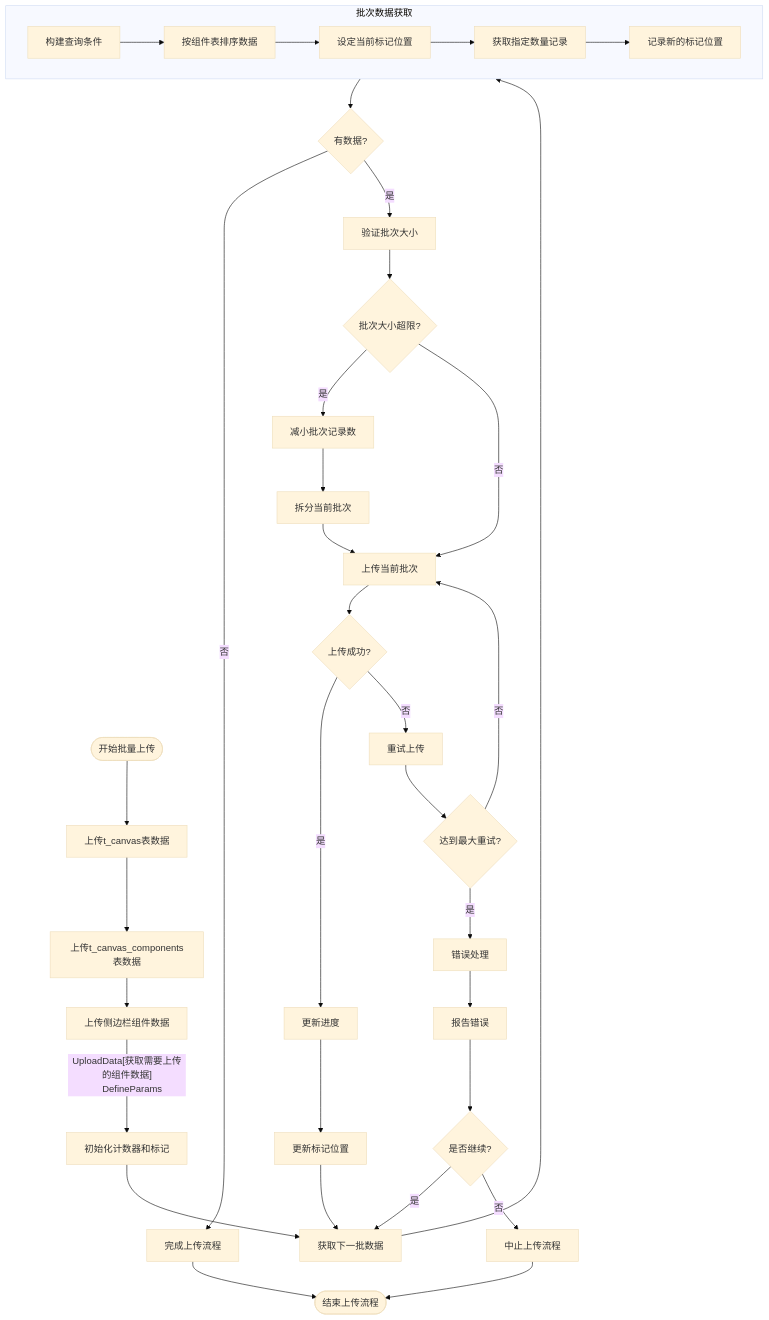
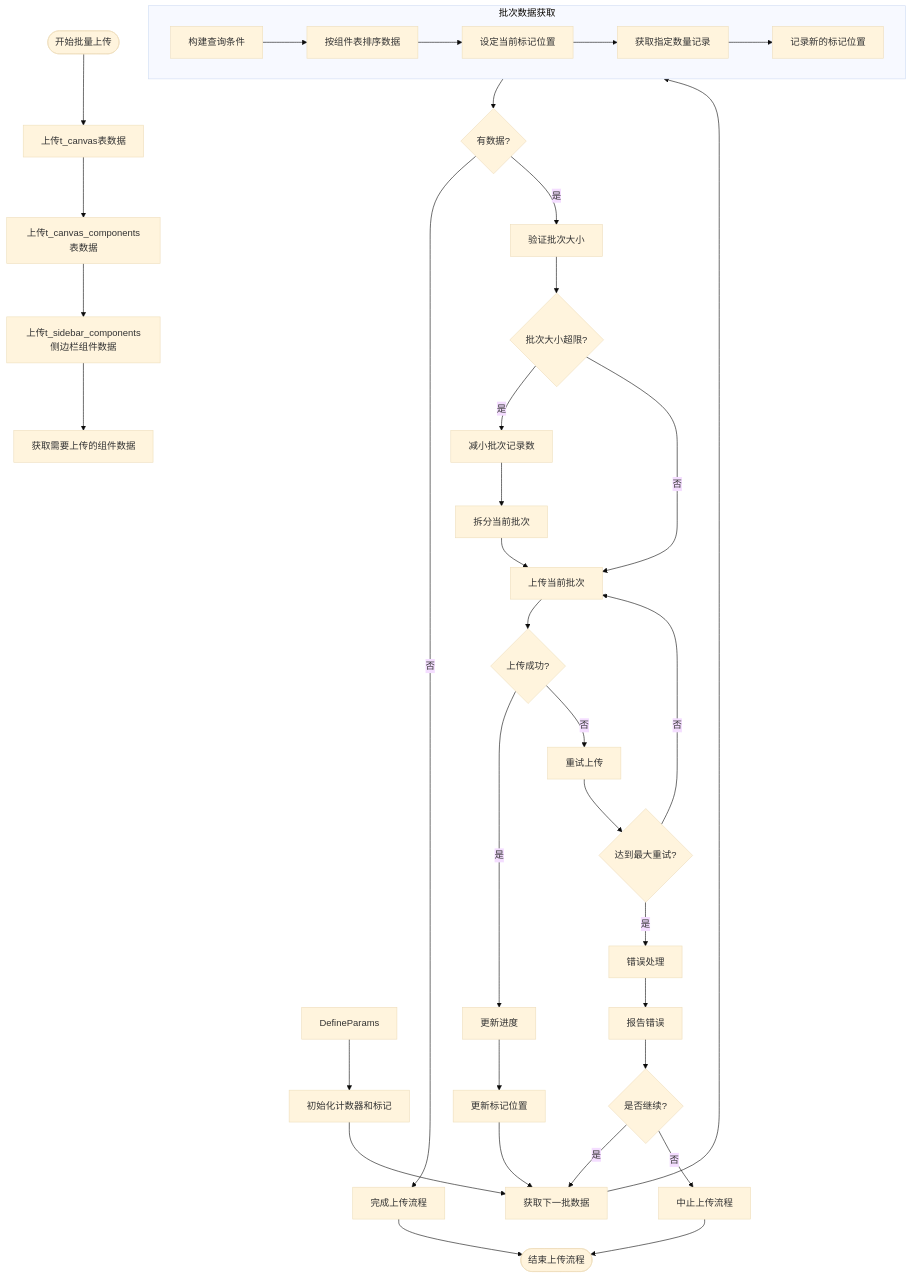
Before and after one commit to yingjianzh/iodraw-files: the diagram in all/未命名-51.md, drawn with Mermaid (base theme).

Commit message:
2025-05-08 17:24:50 update

````diff
--- a/all/未命名-51.md
+++ b/all/未命名-51.md
@@ -1,51 +1,50 @@
 ```mermaid
 flowchart TD
     Start([开始批量上传]) --> UploadSpaceData[上传t_canvas表数据]
     UploadSpaceData --> UploadComponentListData[上传t_canvas_components表数据]
-    UploadComponentListData --> UploadSiderComponent[上传侧边栏组件数据]
+    UploadComponentListData --> UploadSiderComponent[上传t_sidebar_components侧边栏组件数据]
     
-    UploadSiderComponent --
-    UploadData[获取需要上传的组件数据]
+    UploadSiderComponent --> UploadData[获取需要上传的组件数据]
     DefineParams --> InitCounters[初始化计数器和标记]
     
     InitCounters --> FetchNextBatch[获取下一批数据]
     
     subgraph BatchFetch [批次数据获取]
         A[构建查询条件] --> B[按组件表排序数据]
         B --> C[设定当前标记位置]
         C --> D[获取指定数量记录]
         D --> E[记录新的标记位置]
     end
     
     FetchNextBatch --> BatchFetch
     
     BatchFetch --> CheckResults{有数据?}
     CheckResults -->|否| CompleteUpload[完成上传流程]
     CheckResults -->|是| ValidateBatch[验证批次大小]
     
     ValidateBatch --> SizeTooLarge{批次大小超限?}
     SizeTooLarge -->|是| AdjustBatchSize[减小批次记录数]
     SizeTooLarge -->|否| UploadBatch[上传当前批次]
     
     AdjustBatchSize --> SplitBatch[拆分当前批次]
     SplitBatch --> UploadBatch
     
     UploadBatch --> UploadSuccess{上传成功?}
     UploadSuccess -->|是| UpdateProgress[更新进度]
     UploadSuccess -->|否| RetryUpload[重试上传]
     
     RetryUpload --> MaxRetries{达到最大重试?}
     MaxRetries -->|否| UploadBatch
     MaxRetries -->|是| ErrorHandling[错误处理]
     
     ErrorHandling --> ReportError[报告错误]
     ReportError --> ContinueOption{是否继续?}
     ContinueOption -->|是| FetchNextBatch
     ContinueOption -->|否| AbortProcess[中止上传流程]
     
     UpdateProgress --> UpdateMarker[更新标记位置]
     UpdateMarker --> FetchNextBatch
     
     CompleteUpload --> End([结束上传流程])
     AbortProcess --> End
 ```
````
